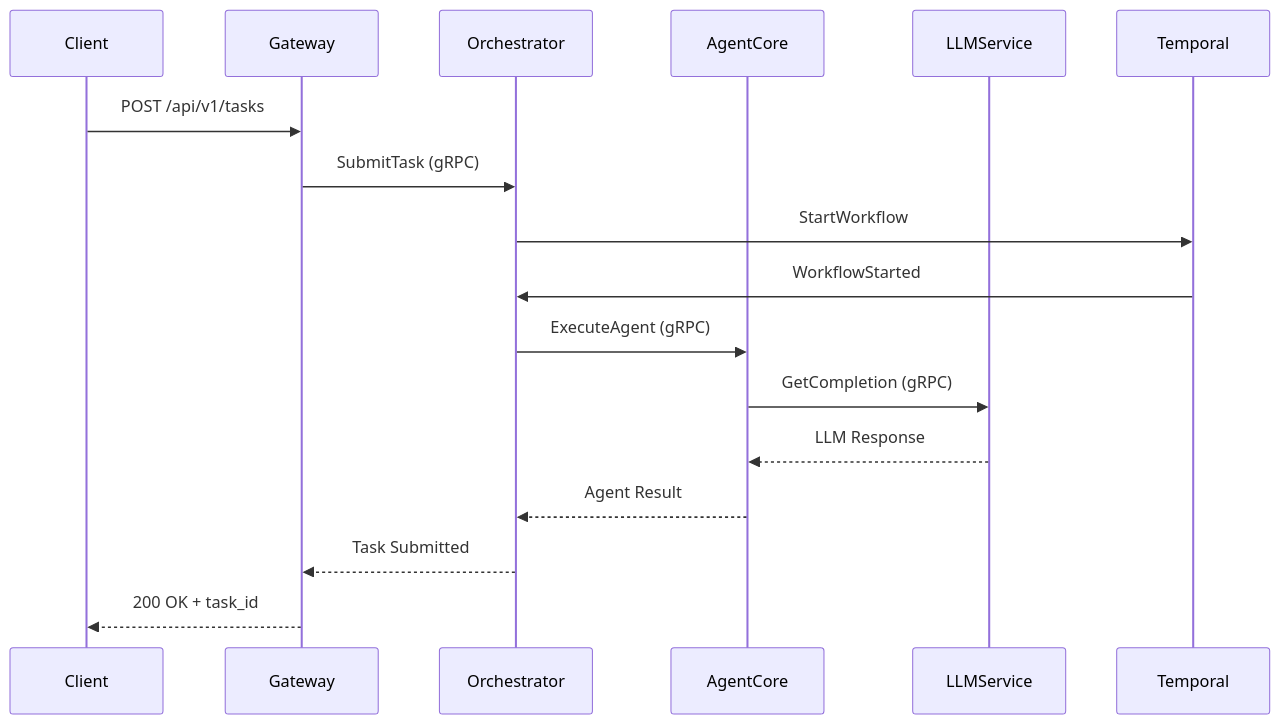
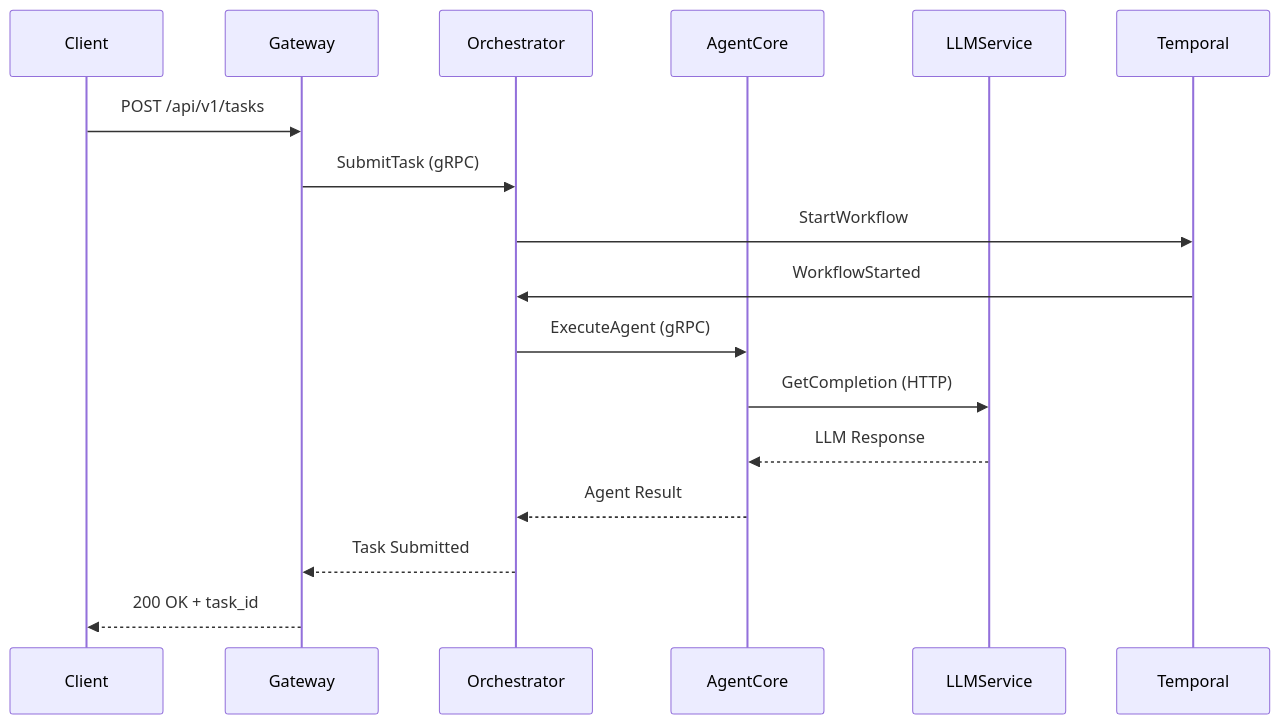
Before and after one commit to Kocoro-lab/Shannon-docs: the diagram in cn/architecture/components.mdx, drawn with Mermaid. The commit also changed 8 other files, not shown here.

````diff
--- a/cn/architecture/components.mdx
+++ b/cn/architecture/components.mdx
@@ -80,20 +80,20 @@
 ```mermaid
 sequenceDiagram
     participant Client
     participant Gateway
     participant Orchestrator
     participant AgentCore
     participant LLMService
     participant Temporal
 
     Client->>Gateway: POST /api/v1/tasks
     Gateway->>Orchestrator: SubmitTask (gRPC)
     Orchestrator->>Temporal: StartWorkflow
     Temporal->>Orchestrator: WorkflowStarted
     Orchestrator->>AgentCore: ExecuteAgent (gRPC)
-    AgentCore->>LLMService: GetCompletion (gRPC)
+    AgentCore->>LLMService: GetCompletion (HTTP)
     LLMService-->>AgentCore: LLM Response
     AgentCore-->>Orchestrator: Agent Result
     Orchestrator-->>Gateway: Task Submitted
     Gateway-->>Client: 200 OK + task_id
 ```
````
